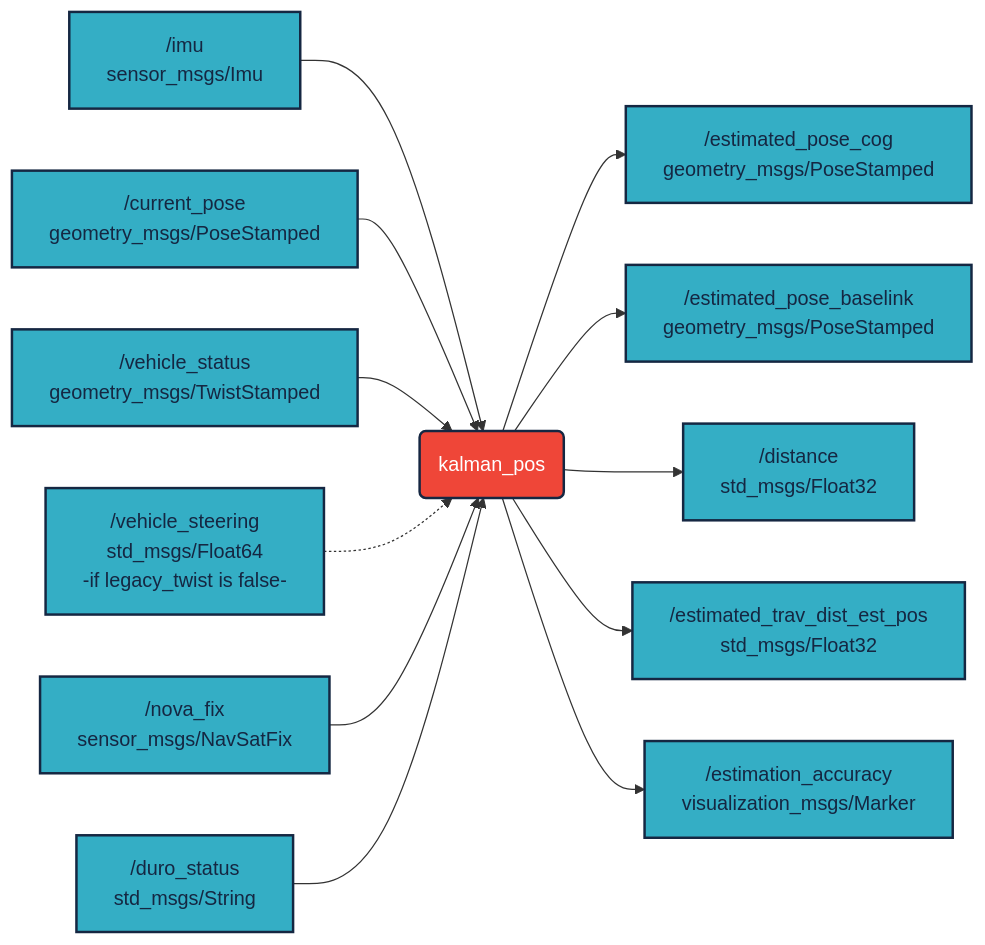
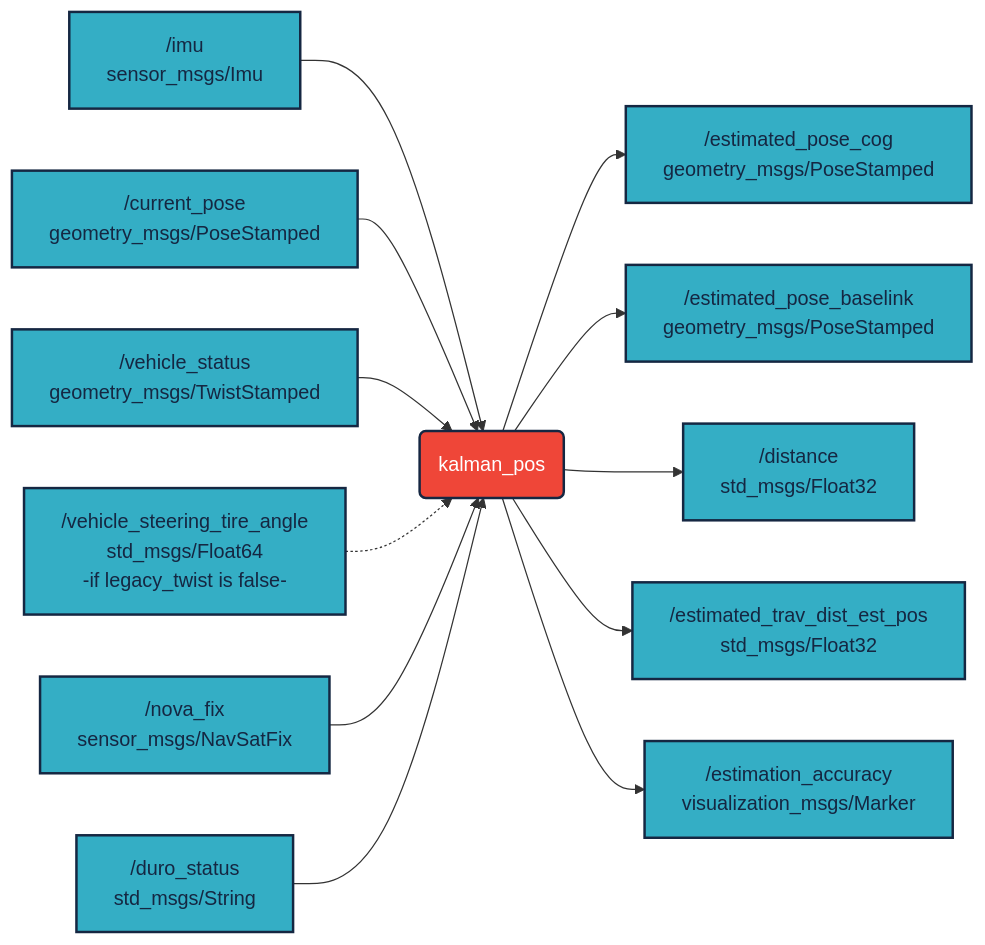
Before and after one commit to jkk-research/kalman_pos: the diagram in README.md, drawn with Mermaid. The commit also changed other lines of this file and 5 other files, not shown here.

Commit message:
vehicle_steering_tire_angle instead of `vehicle_steering` to avoid misunderstanding

````diff
--- a/README.md
+++ b/README.md
@@ -44,26 +44,26 @@
 ```mermaid
 flowchart LR
 
 A[ /imu<br/>sensor_msgs/Imu] --> F(kalman_pos)
 B[ /current_pose<br/>geometry_msgs/PoseStamped] --> F
 C[ /vehicle_status<br/>geometry_msgs/TwistStamped] --> F
-S[ /vehicle_steering<br/>std_msgs/Float64<br/>-if legacy_twist is false-] -.-> F
+S[ /vehicle_steering_tire_angle<br/>std_msgs/Float64<br/>-if legacy_twist is false-] -.-> F
 D[ /nova_fix<br/>sensor_msgs/NavSatFix] --> F
 E[ /duro_status<br/>std_msgs/String] --> F
 F -->  G[ /estimated_pose_cog<br/>geometry_msgs/PoseStamped]
 F -->  H[ /estimated_pose_baselink<br/>geometry_msgs/PoseStamped]
 F -->  I[ /distance<br/>std_msgs/Float32]
 F -->  J[ /estimated_trav_dist_est_pos<br/>std_msgs/Float32]
 F -->  K[ /estimation_accuracy<br/>visualization_msgs/Marker]
 
 
 classDef light fill:#34aec5,stroke:#152742,stroke-width:2px,color:#152742  
 classDef dark fill:#152742,stroke:#34aec5,stroke-width:2px,color:#34aec5
 classDef white fill:#ffffff,stroke:#152742,stroke-width:2px,color:#152742
 classDef red fill:#ef4638,stroke:#152742,stroke-width:2px,color:#fff
 classDef dashed fill:#ef4638,stroke:#152742,stroke-width:3px,stroke-dasharray:5,5,color:#fff
 
 class F red
 class A,B,C,D,E,G,H,I,J,K,S light
 
 ```
````
